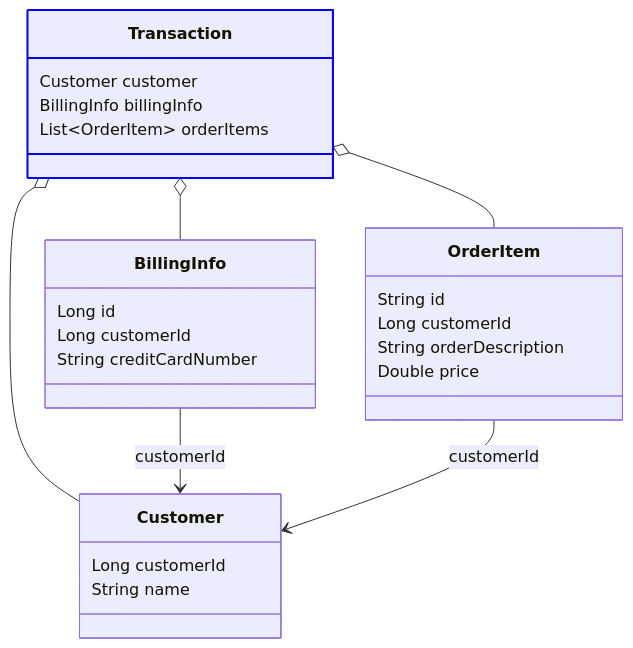
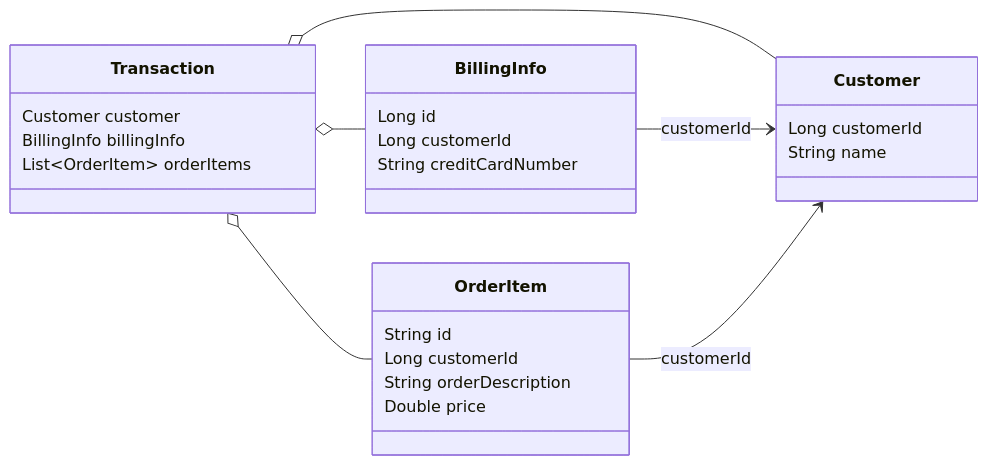
The first of 3 diagrams in README.md (pellse/assembler), drawn with Mermaid before and after one commit. The commit also changed other lines of this file, not shown here.

````diff
--- a/README.md
+++ b/README.md
@@ -50,34 +50,34 @@
 ```mermaid
 classDiagram
+    direction LR
+
     class Customer {
         Long customerId
         String name
     }
 
     class BillingInfo {
         Long id
         Long customerId
         String creditCardNumber
     }
 
     class OrderItem {
         String id
         Long customerId
         String orderDescription
         Double price
     }
 
     class Transaction {
         Customer customer
         BillingInfo billingInfo
         List~OrderItem~ orderItems
     }
 
     Transaction o-- Customer
     Transaction o-- BillingInfo
     Transaction o-- OrderItem
     BillingInfo --> Customer : customerId
     OrderItem --> Customer : customerId
-
-    style Transaction stroke:#0000FF, stroke-width:2px
 ```
````
